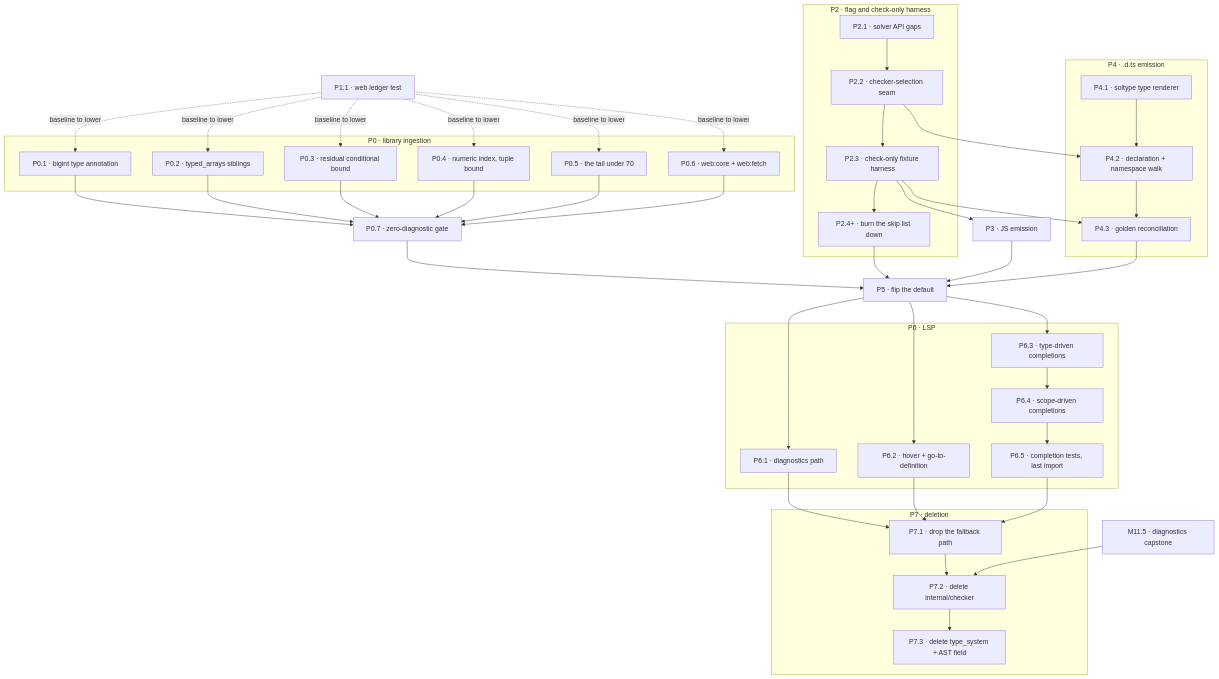
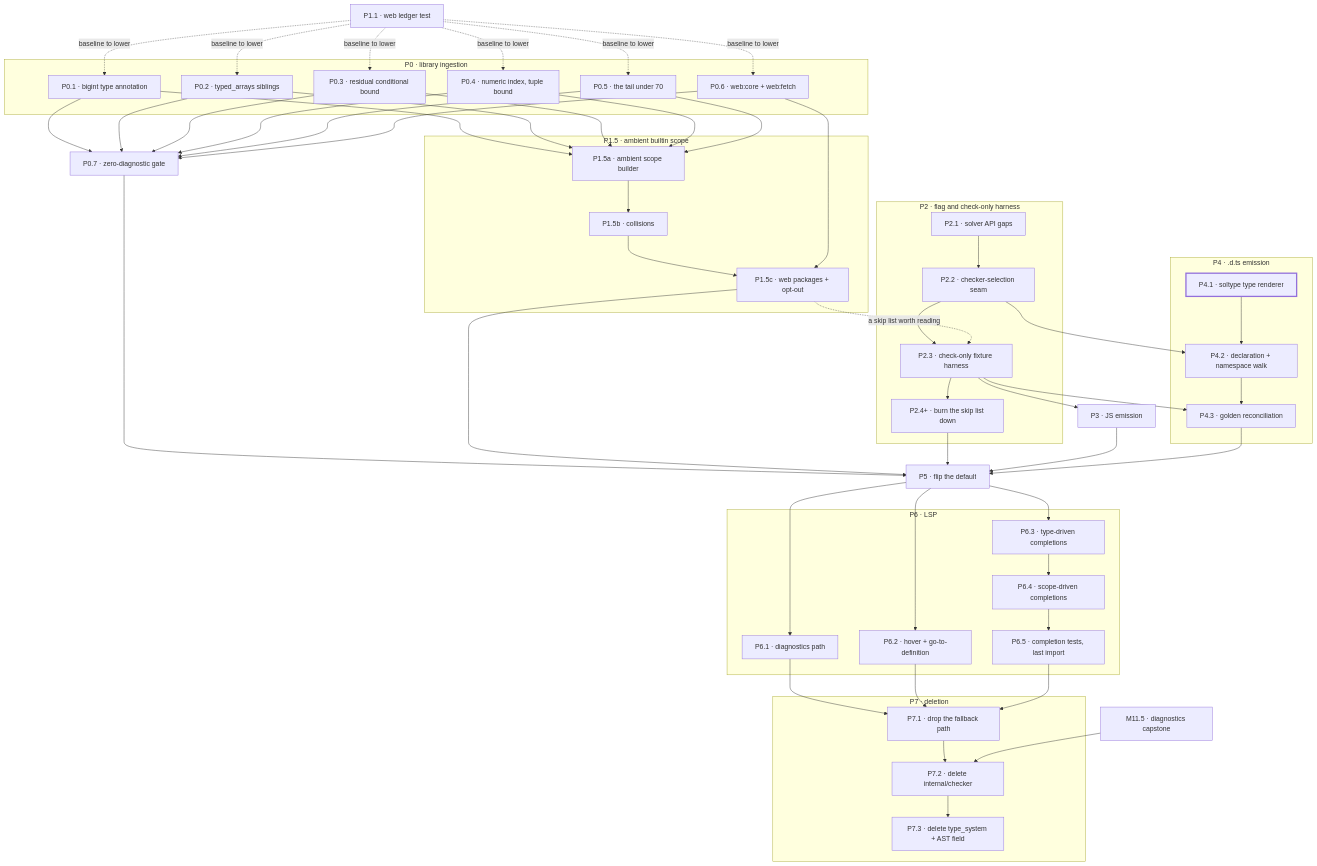
Before and after one commit to escalier-lang/escalier: the diagram in planning/solver_cutover/01-cutover-plan.md, drawn with Mermaid. The commit also changed other lines of this file and 3 other files, not shown here.

````diff
--- a/planning/solver_cutover/01-cutover-plan.md
+++ b/planning/solver_cutover/01-cutover-plan.md
@@ -66,61 +75,74 @@
 ```mermaid
 graph TD
     P11["P1.1 · web ledger test"]
 
     subgraph SP0["P0 · library ingestion"]
         P01["P0.1 · bigint type annotation"]
         P02["P0.2 · typed_arrays siblings"]
         P03["P0.3 · residual conditional bound"]
         P04["P0.4 · numeric index, tuple bound"]
         P05["P0.5 · the tail under 70"]
         P06["P0.6 · web:core + web:fetch"]
     end
     P07["P0.7 · zero-diagnostic gate"]
+
+    subgraph SP15["P1.5 · ambient builtin scope"]
+        P15a["P1.5a · ambient scope builder"]
+        P15b["P1.5b · collisions"]
+        P15c["P1.5c · web packages + opt-out"]
+        P15a --> P15b --> P15c
+    end
 
     subgraph SP2["P2 · flag and check-only harness"]
         P21["P2.1 · solver API gaps"]
         P22["P2.2 · checker-selection seam"]
         P23["P2.3 · check-only fixture harness"]
         P24["P2.4+ · burn the skip list down"]
         P21 --> P22 --> P23 --> P24
     end
 
     P3["P3 · JS emission"]
 
     subgraph SP4["P4 · .d.ts emission"]
         P41["P4.1 · soltype type renderer"]
         P42["P4.2 · declaration + namespace walk"]
         P43["P4.3 · golden reconciliation"]
         P41 --> P42 --> P43
     end
 
     P5["P5 · flip the default"]
 
     subgraph SP6["P6 · LSP"]
         P61["P6.1 · diagnostics path"]
         P62["P6.2 · hover + go-to-definition"]
         P63["P6.3 · type-driven completions"]
         P64["P6.4 · scope-driven completions"]
         P65["P6.5 · completion tests, last import"]
         P63 --> P64 --> P65
     end
 
     subgraph SP7["P7 · deletion"]
         P71["P7.1 · drop the fallback path"]
         P72["P7.2 · delete internal/checker"]
         P73["P7.3 · delete type_system + AST field"]
         P71 --> P72 --> P73
     end
 
     M115["M11.5 · diagnostics capstone"]
 
     P11 -.->|baseline to lower| P01 & P02 & P03 & P04 & P05 & P06
     P01 & P02 & P03 & P04 & P05 & P06 --> P07
+    P01 & P02 & P03 & P04 & P05 --> P15a
+    P06 --> P15c
+    P15c -.->|a skip list worth reading| P23
     P23 --> P3
     P22 --> P42
     P23 --> P43
-    P07 & P24 & P3 & P43 --> P5
+    P07 & P15c & P24 & P3 & P43 --> P5
     P5 --> P61 & P62 & P63
     P61 & P62 & P65 --> P71
     M115 --> P72
+
+    classDef longpole stroke-width:3px;
+    class P41 longpole;
 ```
````
